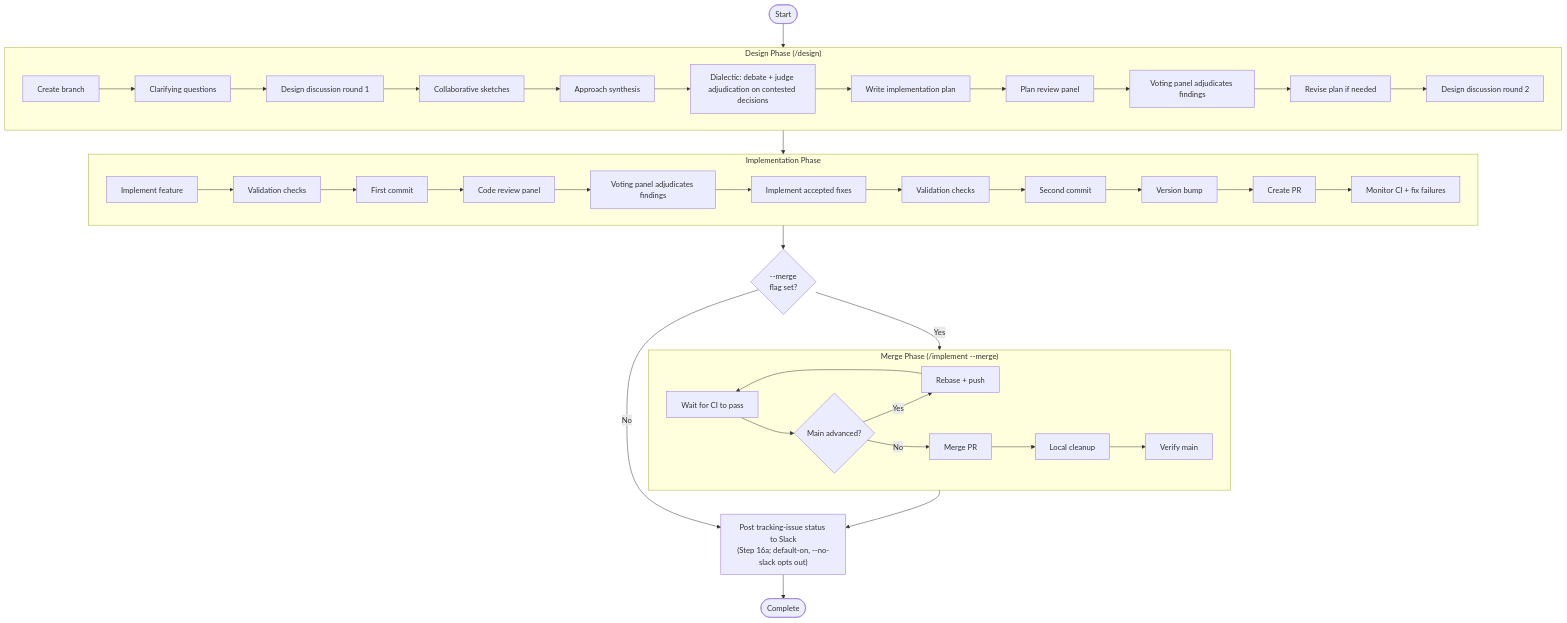
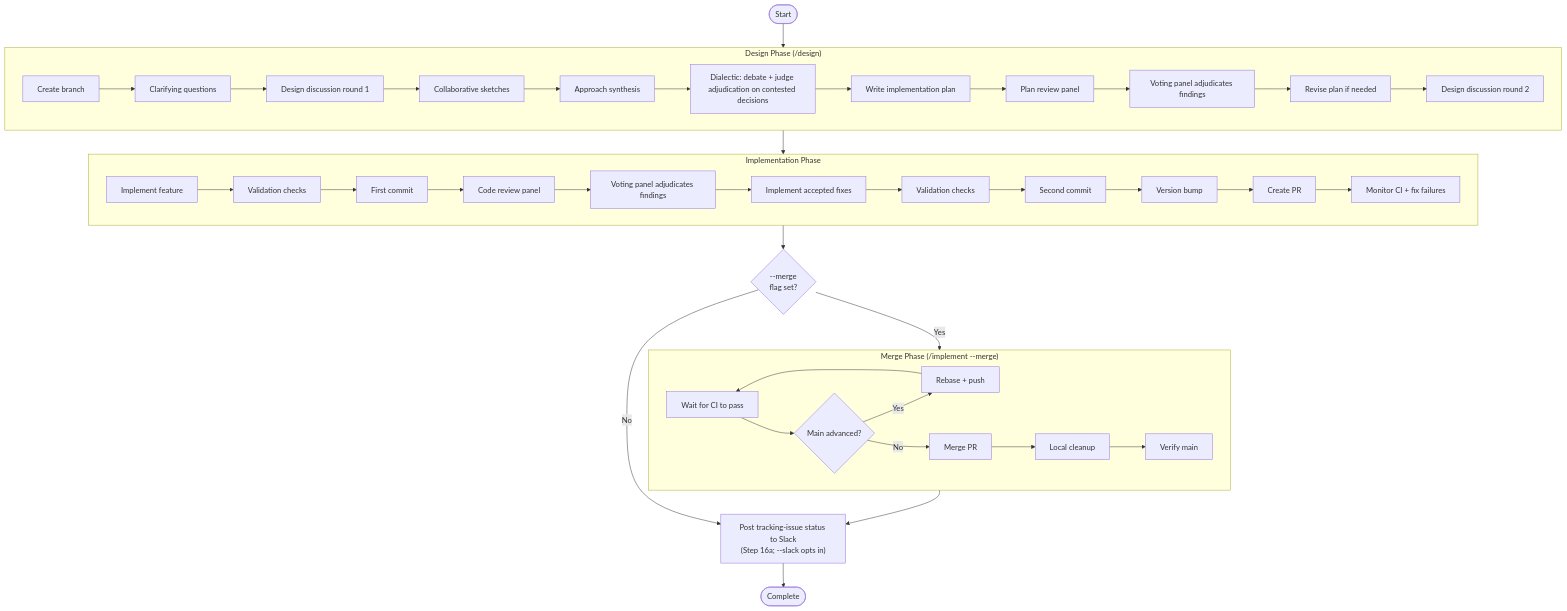
The third of 3 diagrams in docs/workflow-lifecycle.md (character-ai/larch), drawn with Mermaid before and after one commit. The commit also changed other lines of this file and 19 other files, not shown here.

````diff
--- a/docs/workflow-lifecycle.md
+++ b/docs/workflow-lifecycle.md
@@ -76,48 +76,48 @@
 ```mermaid
 flowchart TD
     START([Start]) --> DESIGN_PHASE
 
     subgraph DESIGN_PHASE["Design Phase (/design)"]
         BRANCH[Create branch] --> QUESTIONS[Clarifying questions]
         QUESTIONS --> DISCUSS1[Design discussion round 1]
         DISCUSS1 --> SKETCHES[Collaborative sketches]
         SKETCHES --> SYNTHESIS[Approach synthesis]
         SYNTHESIS --> DIALECTIC[Dialectic: debate + judge adjudication on contested decisions]
         DIALECTIC --> PLAN[Write implementation plan]
         PLAN --> PLAN_REVIEW[Plan review panel]
         PLAN_REVIEW --> VOTE1[Voting panel adjudicates findings]
         VOTE1 --> REVISE[Revise plan if needed]
         REVISE --> DISCUSS2[Design discussion round 2]
     end
 
     DESIGN_PHASE --> IMPL_PHASE
 
     subgraph IMPL_PHASE["Implementation Phase"]
         CODE[Implement feature] --> VALIDATE1[Validation checks]
         VALIDATE1 --> COMMIT1[First commit]
         COMMIT1 --> CODE_REVIEW[Code review panel]
         CODE_REVIEW --> VOTE2[Voting panel adjudicates findings]
         VOTE2 --> FIX[Implement accepted fixes]
         FIX --> VALIDATE2[Validation checks]
         VALIDATE2 --> COMMIT2[Second commit]
         COMMIT2 --> VERSION[Version bump]
         VERSION --> PR[Create PR]
         PR --> CI_MONITOR[Monitor CI + fix failures]
     end
 
     IMPL_PHASE --> MERGE_FLAG{--merge<br/>flag set?}
     MERGE_FLAG -->|No| POST_ISSUE
     MERGE_FLAG -->|Yes| MERGE_PHASE
 
     subgraph MERGE_PHASE["Merge Phase (/implement --merge)"]
         CI_WAIT[Wait for CI to pass] --> REBASE{Main advanced?}
         REBASE -->|Yes| DO_REBASE[Rebase + push]
         DO_REBASE --> CI_WAIT
         REBASE -->|No| MERGE[Merge PR]
         MERGE --> CLEANUP[Local cleanup]
         CLEANUP --> VERIFY[Verify main]
     end
 
-    MERGE_PHASE --> POST_ISSUE["Post tracking-issue status to Slack<br/>(Step 16a; default-on, --no-slack opts out)"]
+    MERGE_PHASE --> POST_ISSUE["Post tracking-issue status to Slack<br/>(Step 16a; --slack opts in)"]
     POST_ISSUE --> DONE([Complete])
 ```
````
